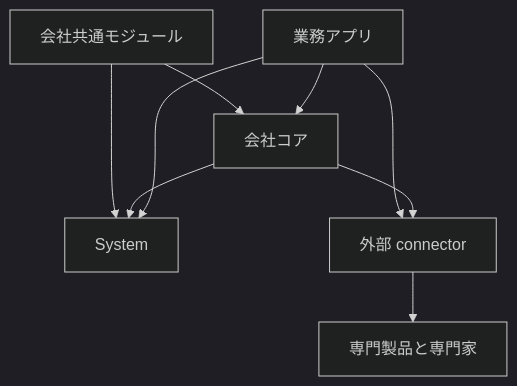
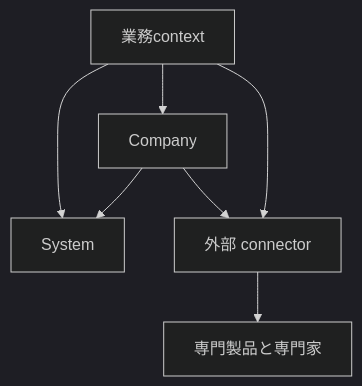
The first of 2 diagrams in .docs/capability-map.md (interactive-inc/open-bedrock), drawn with Mermaid (dark theme) before and after one commit. The commit also changed other lines of this file and 4 other files, not shown here.

````diff
--- a/.docs/capability-map.md
+++ b/.docs/capability-map.md
@@ -5,11 +5,9 @@
 ```mermaid
 flowchart TD
-  Modules["会社共通モジュール"] --> Company["会社コア"]
-  Modules --> System
-  Apps["業務アプリ"] --> Company
+  Apps["業務context"] --> Company["Company"]
   Company --> System["System"]
   Apps --> System
   Apps --> Connectors["外部 connector"]
   Company --> Connectors
   Connectors --> External["専門製品と専門家"]
 ```
````
